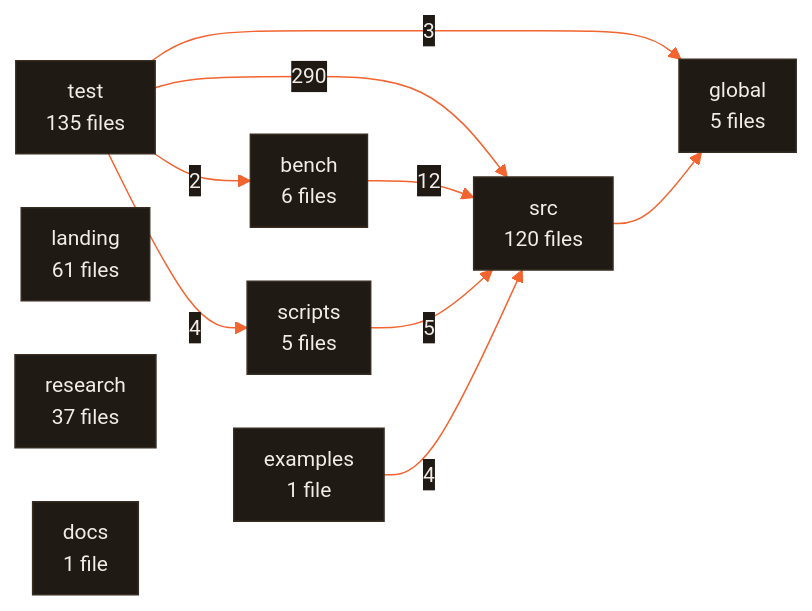
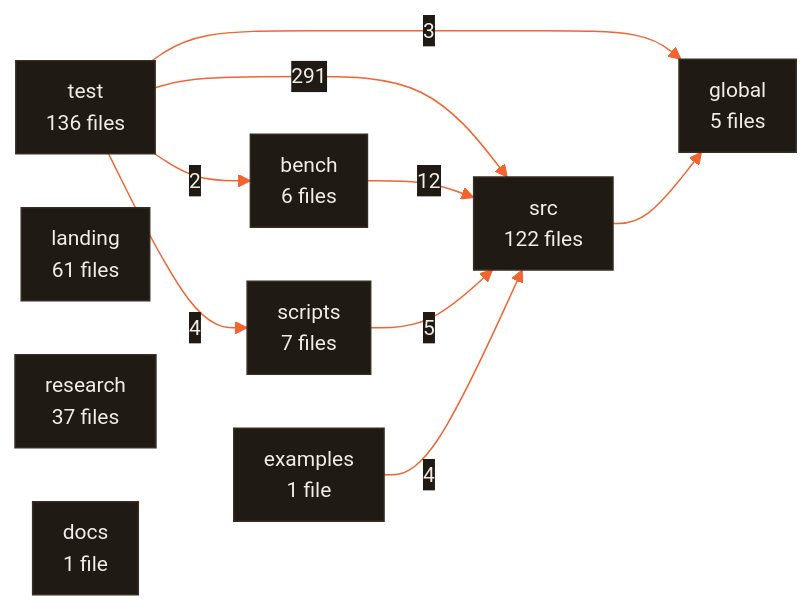
The diagram in ARCHITECTURE.md (CodeWithJuber/forgekit), drawn with Mermaid before and after one commit. The commit also changed 17 other files, not shown here.

````diff
--- a/ARCHITECTURE.md
+++ b/ARCHITECTURE.md
@@ -637,21 +637,21 @@
 ```mermaid
 %%{init: {'theme':'base','themeVariables':{'primaryColor':'#201a15','primaryTextColor':'#f2ede7','primaryBorderColor':'#372c22','lineColor':'#f26430','secondaryColor':'#272019','tertiaryColor':'#171310','edgeLabelBackground':'#201a15','clusterBkg':'#171310','clusterBorder':'#4a3b2e','fontFamily':'ui-sans-serif, system-ui, sans-serif','fontSize':'14px'},'flowchart':{'curve':'basis','padding':10,'nodeSpacing':36,'rankSpacing':44}}}%%
 flowchart LR
-  test["test<br/>135 files"]
-  src["src<br/>120 files"]
+  test["test<br/>136 files"]
+  src["src<br/>122 files"]
   landing["landing<br/>61 files"]
   research["research<br/>37 files"]
+  scripts["scripts<br/>7 files"]
   bench["bench<br/>6 files"]
   global["global<br/>5 files"]
-  scripts["scripts<br/>5 files"]
   docs["docs<br/>1 file"]
   examples["examples<br/>1 file"]
-  test -- 290 --> src
+  test -- 291 --> src
   bench -- 12 --> src
   scripts -- 5 --> src
   examples -- 4 --> src
   test -- 4 --> scripts
   test -- 3 --> global
   test -- 2 --> bench
   src --> global
 ```
````
